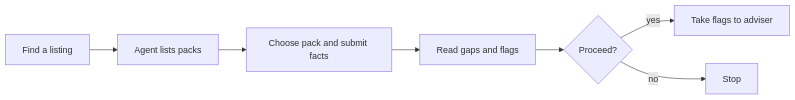
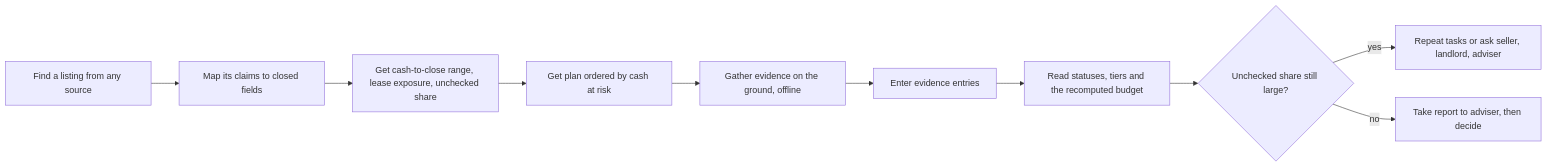
The first of 4 diagrams in undocumented-draft/prd-tad-adr-mvp-gtm-sme-business-pack-mcp.md (huijoohwee/joohwee), drawn with Mermaid before and after one commit. The commit also changed other lines of this file, not shown here.

First line of the commit message:
sme-business-pack-plan: 2 commits (#12)

````diff
--- a/undocumented-draft/prd-tad-adr-mvp-gtm-sme-business-pack-mcp.md
+++ b/undocumented-draft/prd-tad-adr-mvp-gtm-sme-business-pack-mcp.md
@@ -198,3 +169,3 @@
 ```mermaid
-flowchart LR; A[Find a listing] --> B[Agent lists packs]; B --> C[Choose pack and submit facts]; C --> D[Read gaps and flags]; D --> E{Proceed?}; E -->|yes| F[Take flags to adviser]; E -->|no| G[Stop]
+flowchart LR; A[Find a listing from any source] --> B[Map its claims to closed fields]; B --> C[Get cash-to-close range, lease exposure, unchecked share]; C --> D[Get plan ordered by cash at risk]; D --> E[Gather evidence on the ground, offline]; E --> F[Enter evidence entries]; F --> G[Read statuses, tiers and the recomputed budget]; G --> H{Unchecked share still large?}; H -->|yes| I[Repeat tasks or ask seller, landlord, adviser]; H -->|no| J[Take report to adviser, then decide]
 ```
````
